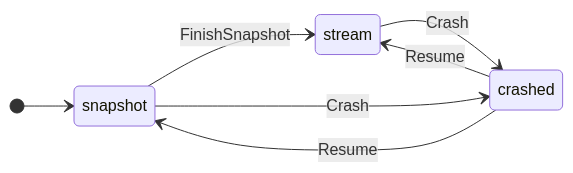
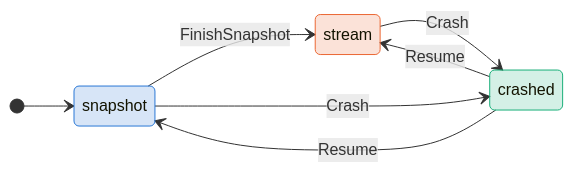
Before and after one commit to antflydb/antfly: the first of 2 diagrams in zig/specs/tla/diagrams/metadata/AntflyCdcCutover.md, drawn with Mermaid. The commit also changed 27 other files, not shown here.

````diff
--- a/zig/specs/tla/diagrams/metadata/AntflyCdcCutover.md
+++ b/zig/specs/tla/diagrams/metadata/AntflyCdcCutover.md
@@ -13,10 +13,16 @@
 ```mermaid
 stateDiagram-v2
     direction LR
     [*] --> snapshot
     snapshot --> stream : FinishSnapshot
     snapshot --> crashed : Crash
     stream --> crashed : Crash
     crashed --> snapshot : Resume
     crashed --> stream : Resume
+    classDef c_snapshot fill:#2a78d630,stroke:#2a78d6
+    class snapshot c_snapshot
+    classDef c_stream fill:#eb683430,stroke:#eb6834
+    class stream c_stream
+    classDef c_crashed fill:#1baf7a30,stroke:#1baf7a
+    class crashed c_crashed
 ```
````
